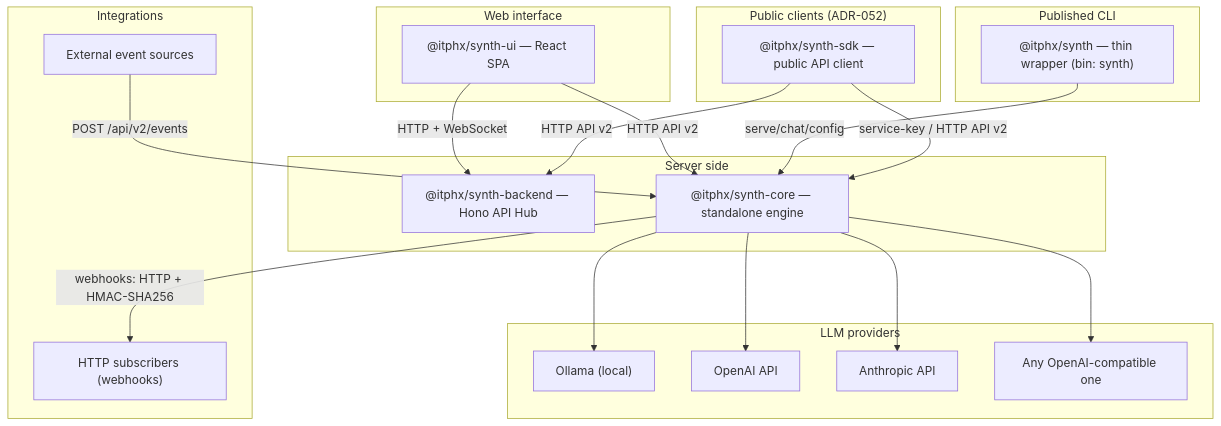
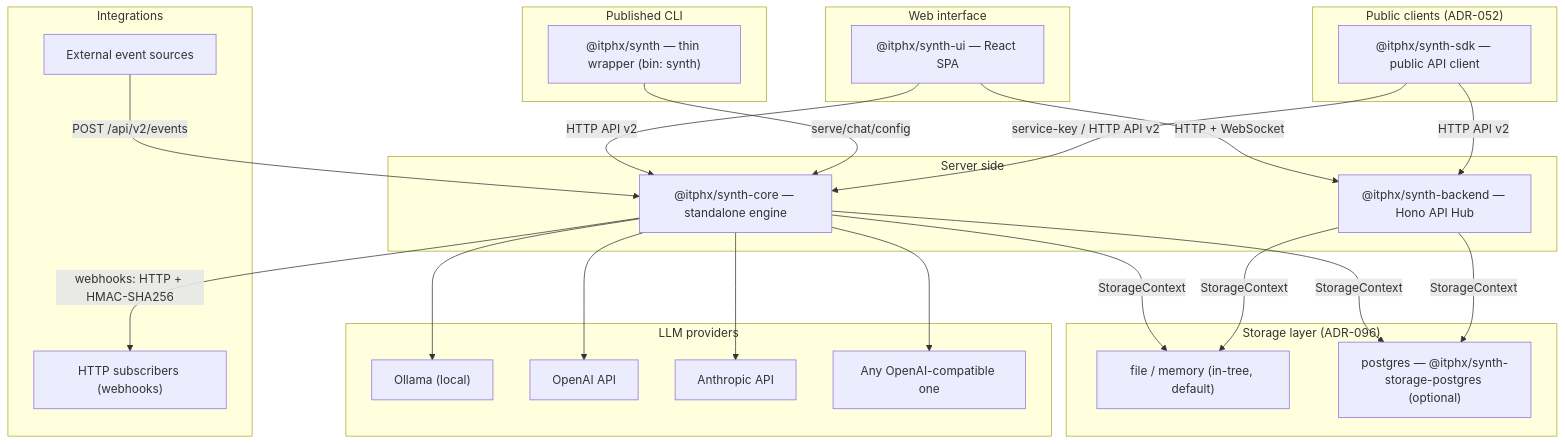
The first of 2 diagrams in docs/en/ARCHITECTURE.md (itphx/synth), drawn with Mermaid before and after one commit. The commit also changed other lines of this file and 23 other files, not shown here.

First line of the commit message:
docs: ADR-099, ADR-098 и документация postgres/TLS/деградации

````diff
--- a/docs/en/ARCHITECTURE.md
+++ b/docs/en/ARCHITECTURE.md
@@ -28,47 +29,57 @@
 ```mermaid
 flowchart TB
     subgraph UI["Web interface"]
         synth_ui["@itphx/synth-ui — React SPA"]
     end
 
     subgraph Server["Server side"]
         synth_backend["@itphx/synth-backend — Hono API Hub"]
         synth_core["@itphx/synth-core — standalone engine"]
     end
 
     subgraph CLI["Published CLI"]
         synth_cli["@itphx/synth — thin wrapper (bin: synth)"]
     end
 
     subgraph LLM["LLM providers"]
         ollama["Ollama (local)"]
         openai["OpenAI API"]
         anthropic["Anthropic API"]
         providers["Any OpenAI-compatible one"]
     end
 
     subgraph PublicClients["Public clients (ADR-052)"]
         synth_sdk["@itphx/synth-sdk — public API client"]
     end
 
+    subgraph Storage["Storage layer (ADR-096)"]
+        storage_file["file / memory (in-tree, default)"]
+        storage_pg["postgres — @itphx/synth-storage-postgres (optional)"]
+    end
+
     subgraph Integrations["Integrations"]
         event_sources["External event sources"]
         webhook_targets["HTTP subscribers (webhooks)"]
     end
 
     synth_ui -->|HTTP + WebSocket| synth_backend
     synth_ui -->|HTTP API v2| synth_core
 
     synth_cli -->|serve/chat/config| synth_core
 
     synth_core --> ollama
     synth_core --> openai
     synth_core --> anthropic
     synth_core --> providers
 
     event_sources -->|POST /api/v2/events| synth_core
     synth_core -->|webhooks: HTTP + HMAC-SHA256| webhook_targets
 
     synth_sdk -->|service-key / HTTP API v2| synth_core
     synth_sdk -->|HTTP API v2| synth_backend
+
+    synth_core -->|StorageContext| storage_file
+    synth_core -->|StorageContext| storage_pg
+    synth_backend -->|StorageContext| storage_file
+    synth_backend -->|StorageContext| storage_pg
 ```
````
